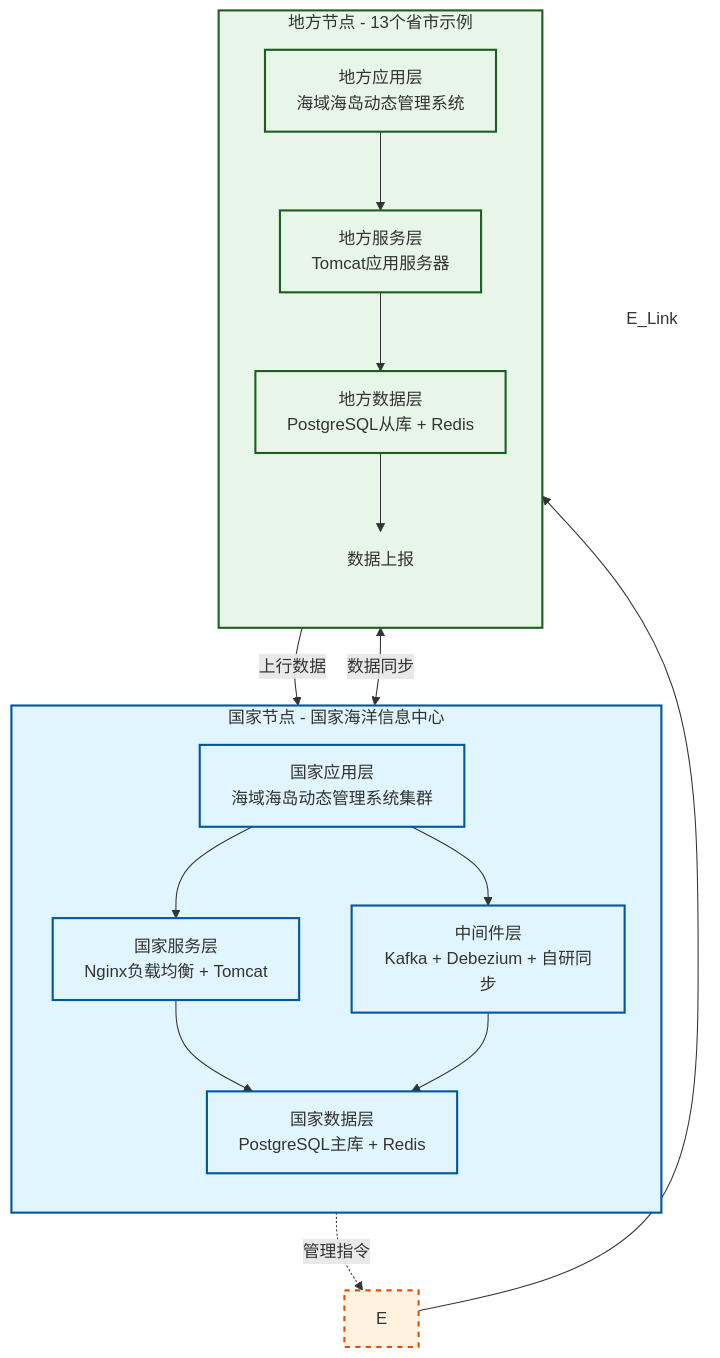
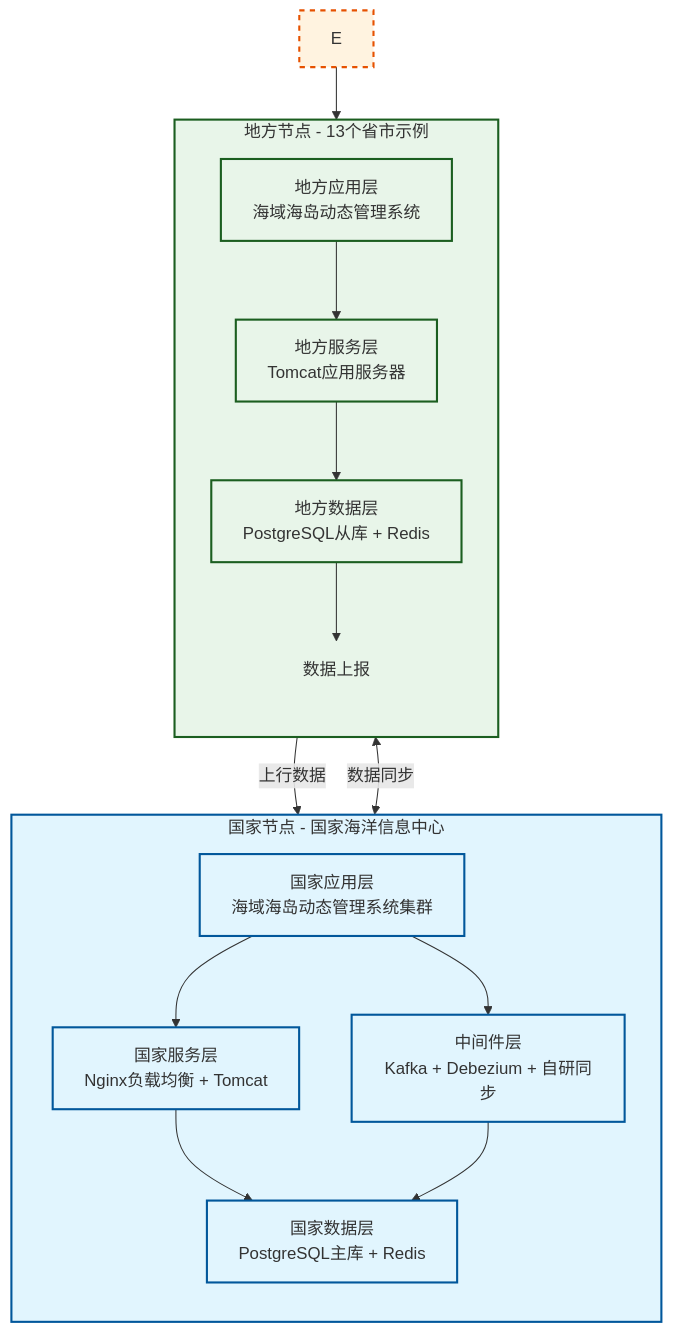
One commit to MyJohn2/iodraw-files changed the diagram in all/未命名-1.md. Above: the diagram before and after it, drawn with Mermaid.

Commit message:
2026-03-03 15:05:08 update

````diff
--- a/all/未命名-1.md
+++ b/all/未命名-1.md
@@ -1,51 +1,49 @@
 ```mermaid
 flowchart TD
     %% 定义样式
     classDef nation fill:#e1f5fe,stroke:#01579b,stroke-width:2px;
     classDef network fill:#fff3e0,stroke:#e65100,stroke-width:2px,stroke-dasharray: 5 5;
     classDef local fill:#e8f5e9,stroke:#1b5e20,stroke-width:2px;
 
     subgraph NationNode [国家节点 - 国家海洋信息中心]
         direction TB
         A[国家应用层<br/>海域海岛动态管理系统集群]
         B[国家服务层<br/>Nginx负载均衡 + Tomcat]
         C[国家数据层<br/>PostgreSQL主库 + Redis]
         D[中间件层<br/>Kafka + Debezium + 自研同步]
         
         A --> B
         B --> C
         A --> D
         D --> C
     end
     
 
     
     subgraph LocalNode [地方节点 - 13个省市示例]
         direction TB
         F[地方应用层<br/>海域海岛动态管理系统]
         G[地方服务层<br/>Tomcat应用服务器]
         H[地方数据层<br/>PostgreSQL从库 + Redis]
         
         F --> G
         G --> H
         H --> D_Link[数据上报]
     end
 
     %% 跨子图连接 (连接具体节点而非子图名称)
-    A -.->|管理指令 | E
     E --> F
     D <-->|数据同步 | H
     H -->|上行数据 | D
 
     %% 应用样式
     class NationNode,A,B,C,D nation;
     class SecureNet,E network;
     class LocalNode,F,G,H local;
     
     %% 隐藏用于逻辑连接的辅助节点样式
-    style E_Link fill:none,stroke:none;
     style D_Link fill:none,stroke:none;
 
 
 
 ```
````
